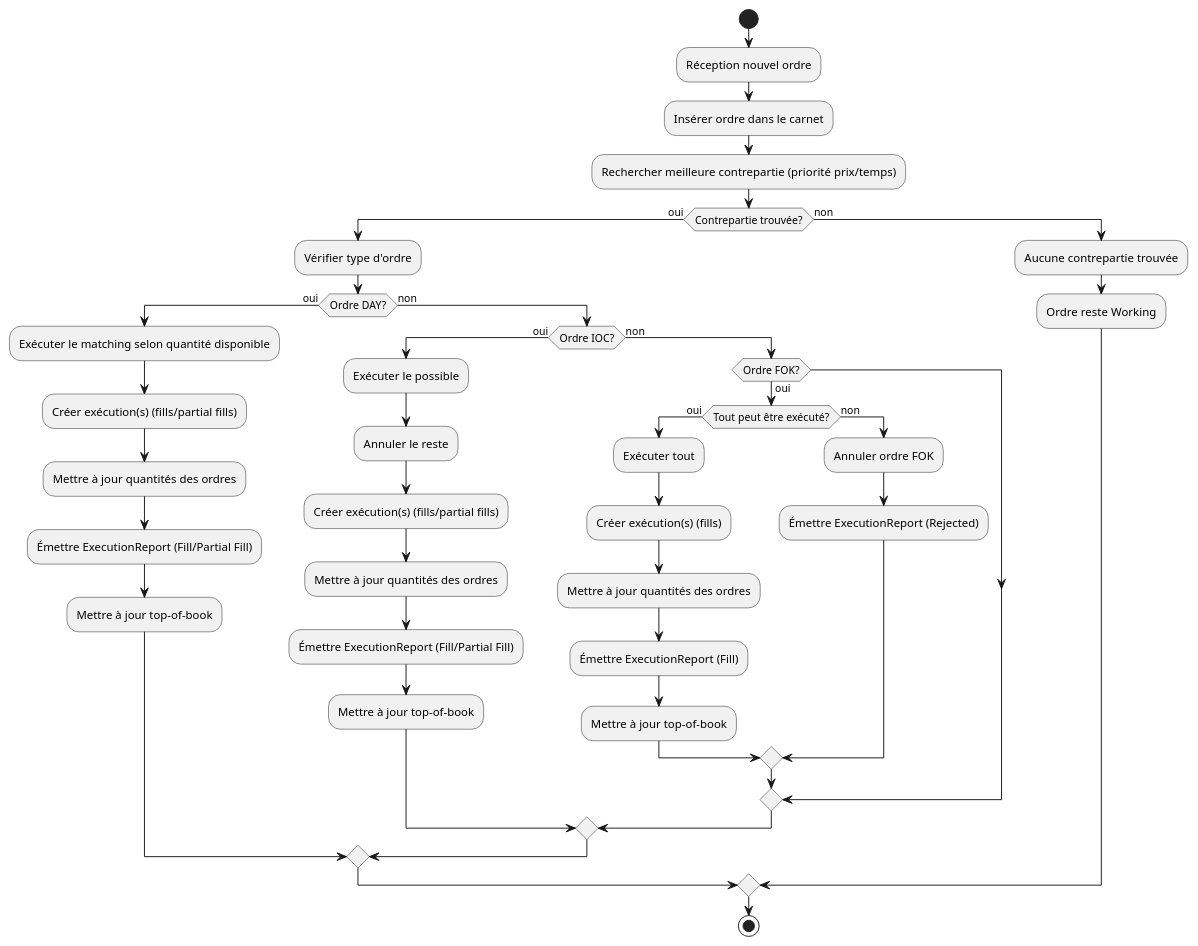
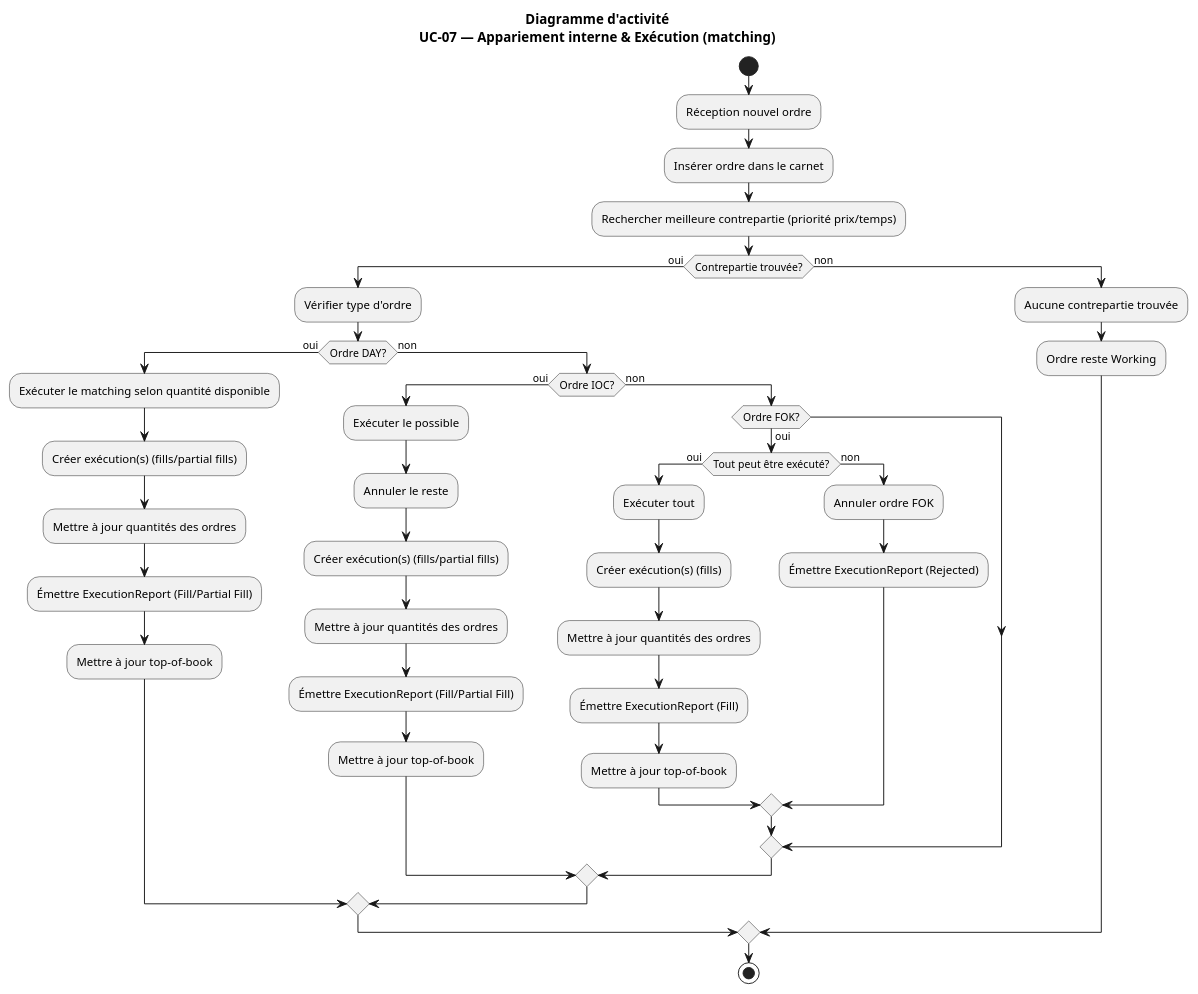
One commit to Hugo-12341234/BrokerX_MicroServices changed the diagram in docs/architecture/4+1/processView/activityDiagrams/activityDiagramUC07.puml. Above: the diagram before and after it, drawn with PlantUML. The commit also changed 8 other files, not shown here.

Commit message:
Activity diagrams done, sequence next to finish part 9

```diff
--- a/docs/architecture/4+1/processView/activityDiagrams/activityDiagramUC07.puml
+++ b/docs/architecture/4+1/processView/activityDiagrams/activityDiagramUC07.puml
@@ -1,42 +1,45 @@
 @startuml
+
+title Diagramme d'activité\nUC-07 — Appariement interne & Exécution (matching)
+
 start
 :Réception nouvel ordre;
 :Insérer ordre dans le carnet;
 :Rechercher meilleure contrepartie (priorité prix/temps);
 if (Contrepartie trouvée?) then (oui)
   :Vérifier type d'ordre;
   if (Ordre DAY?) then (oui)
     :Exécuter le matching selon quantité disponible;
     :Créer exécution(s) (fills/partial fills);
     :Mettre à jour quantités des ordres;
     :Émettre ExecutionReport (Fill/Partial Fill);
     :Mettre à jour top-of-book;
   else (non)
     if (Ordre IOC?) then (oui)
       :Exécuter le possible;
       :Annuler le reste;
       :Créer exécution(s) (fills/partial fills);
       :Mettre à jour quantités des ordres;
       :Émettre ExecutionReport (Fill/Partial Fill);
       :Mettre à jour top-of-book;
     else (non)
       if (Ordre FOK?) then (oui)
         if (Tout peut être exécuté?) then (oui)
           :Exécuter tout;
           :Créer exécution(s) (fills);
           :Mettre à jour quantités des ordres;
           :Émettre ExecutionReport (Fill);
           :Mettre à jour top-of-book;
         else (non)
           :Annuler ordre FOK;
           :Émettre ExecutionReport (Rejected);
         endif
       endif
     endif
   endif
 else (non)
   :Aucune contrepartie trouvée;
   :Ordre reste Working;
 endif
 stop
 @enduml
```
